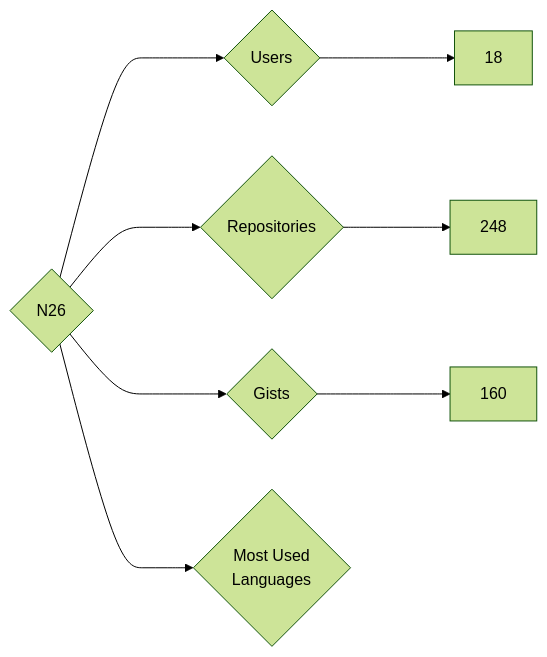
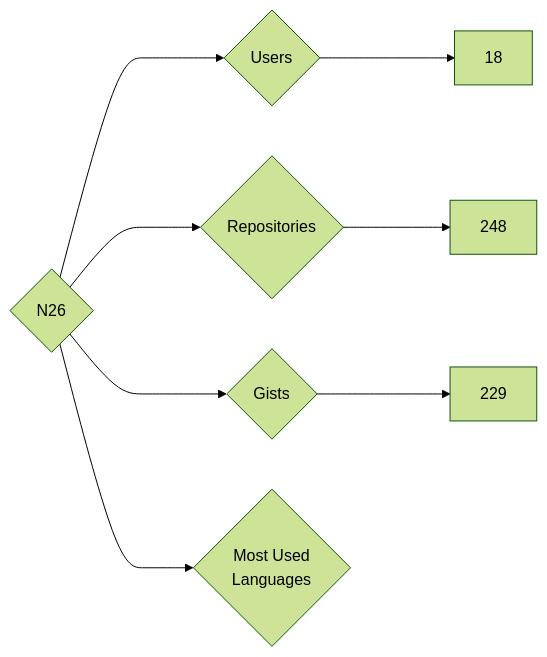
Before and after one commit to nenadzaric/insiders: the diagram in targets/N26/README.md, drawn with Mermaid (forest theme). The commit also changed 1342 other files, not shown here.

````diff
--- a/targets/N26/README.md
+++ b/targets/N26/README.md
@@ -3,8 +3,8 @@
 ```mermaid
 graph LR
 COMPANY_NAME{N26}
 COMPANY_NAME ---> U{Users} ---> UN[18]
 COMPANY_NAME ---> R{Repositories} ---> RN[248]
-COMPANY_NAME ---> G{Gists} ---> GN[160]
+COMPANY_NAME ---> G{Gists} ---> GN[229]
 COMPANY_NAME ---> ML{Most Used<br>Languages}
 ```
````
